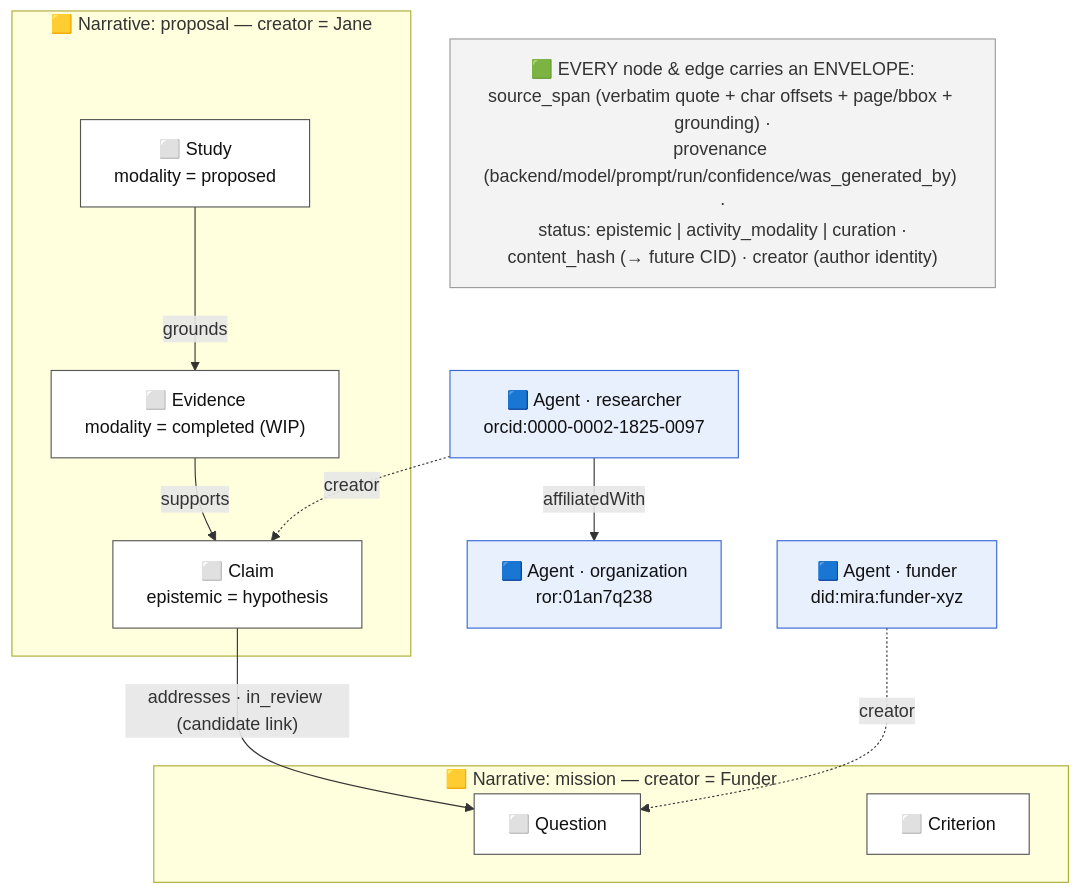
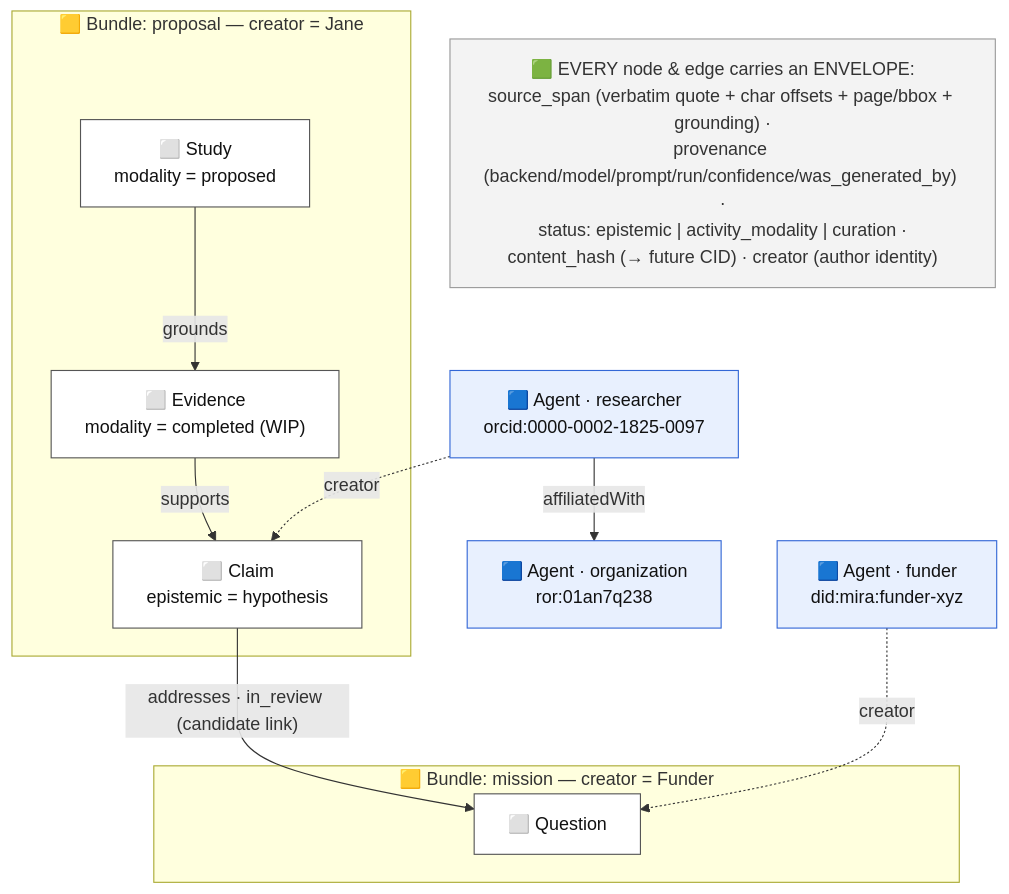
The third of 7 diagrams in V1-MODEL.md (MIRA-science/MIRA-extraction), drawn with Mermaid before and after one commit. The commit also changed other lines of this file, not shown here.

First line of the commit message:
Sync v1 visual model: Bundle is primitive, Narrative optional, drop Criterion

````diff
--- a/V1-MODEL.md
+++ b/V1-MODEL.md
@@ -76,31 +74,30 @@
 ```mermaid
 flowchart TD
   classDef agent fill:#e8f0fe,stroke:#3367d6,color:#111;
   classDef disc  fill:#ffffff,stroke:#555,color:#111;
   classDef bun   fill:#fef7e0,stroke:#b06000,color:#111;
   classDef note  fill:#f3f3f3,stroke:#999,color:#333;
 
   JANE["🟦 Agent · researcher<br/>orcid:0000-0002-1825-0097"]:::agent
   ORG["🟦 Agent · organization<br/>ror:01an7q238"]:::agent
   FUND["🟦 Agent · funder<br/>did:mira:funder-xyz"]:::agent
 
   JANE -->|affiliatedWith| ORG
 
-  subgraph PB["🟨 Narrative: proposal — creator = Jane"]
+  subgraph PB["🟨 Bundle: proposal — creator = Jane"]
     CLM["⬜ Claim<br/>epistemic = hypothesis"]:::disc
     STU["⬜ Study<br/>modality = proposed"]:::disc
     EV["⬜ Evidence<br/>modality = completed (WIP)"]:::disc
   end
-  subgraph MB["🟨 Narrative: mission — creator = Funder"]
+  subgraph MB["🟨 Bundle: mission — creator = Funder"]
     QST["⬜ Question"]:::disc
-    CRI["⬜ Criterion"]:::disc
   end
 
   CLM -->|"addresses · in_review (candidate link)"| QST
   EV -->|supports| CLM
   STU -->|grounds| EV
   JANE -. creator .-> CLM
   FUND -. creator .-> QST
 
   ENV["🟩 EVERY node & edge carries an ENVELOPE:<br/>source_span (verbatim quote + char offsets + page/bbox + grounding) ·<br/>provenance (backend/model/prompt/run/confidence/was_generated_by) ·<br/>status: epistemic | activity_modality | curation ·<br/>content_hash (→ future CID) · creator (author identity)"]:::note
 ```
````
